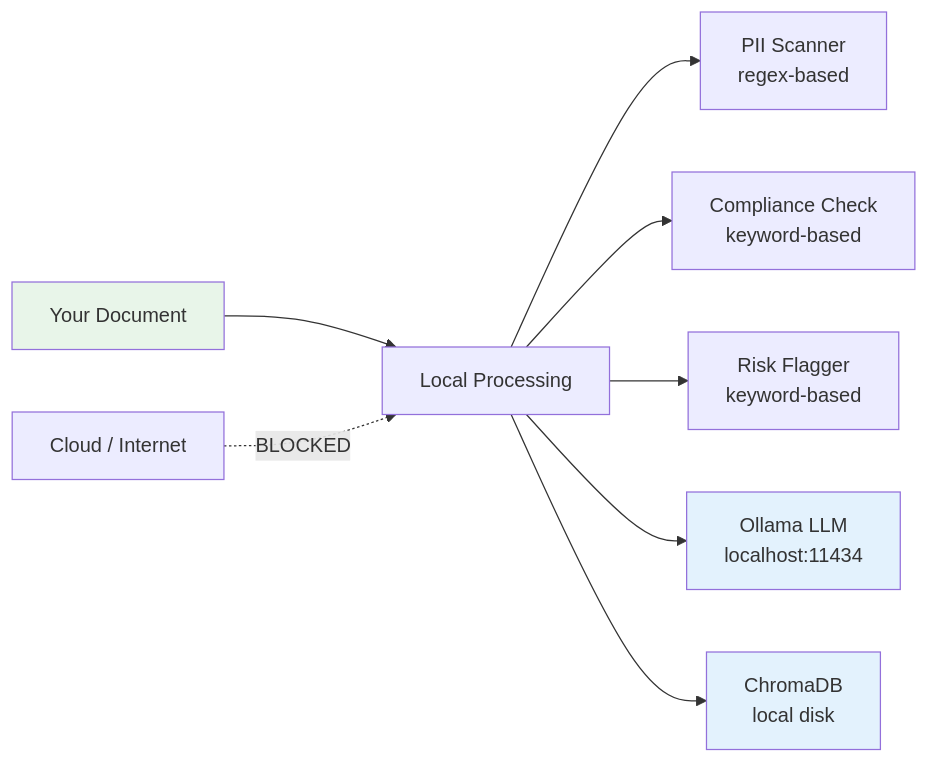
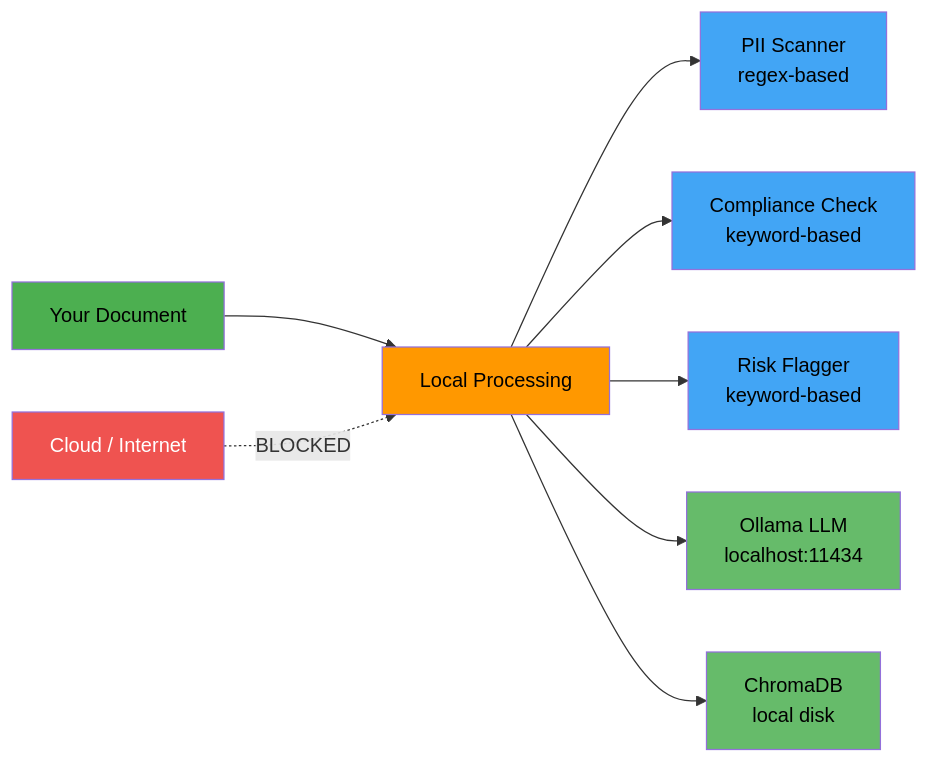
The diagram in README.md (AIassistent2025/private-docs-auditor), drawn with Mermaid before and after one commit. The commit also changed other lines of this file, not shown here.

Commit message:
Fix Mermaid diagram contrast and correct test count
Privacy Architecture diagram: add high-contrast colors with black text
so all labels are readable on both light and dark themes. Fix test count
from 30 to actual 26 in README.

````diff
--- a/README.md
+++ b/README.md
@@ -27,15 +27,20 @@
 ```mermaid
 graph LR
     A[Your Document] --> B[Local Processing]
     B --> C[PII Scanner<br/>regex-based]
     B --> D[Compliance Check<br/>keyword-based]
     B --> E[Risk Flagger<br/>keyword-based]
     B --> F[Ollama LLM<br/>localhost:11434]
     B --> G[ChromaDB<br/>local disk]
 
-    style A fill:#e8f5e9
-    style F fill:#e3f2fd
-    style G fill:#e3f2fd
+    style A fill:#4caf50,color:#000
+    style B fill:#ff9800,color:#000
+    style C fill:#42a5f5,color:#000
+    style D fill:#42a5f5,color:#000
+    style E fill:#42a5f5,color:#000
+    style F fill:#66bb6a,color:#000
+    style G fill:#66bb6a,color:#000
+    style H fill:#ef5350,color:#fff
 
     H[Cloud / Internet] -.->|BLOCKED| B
 ```
````
